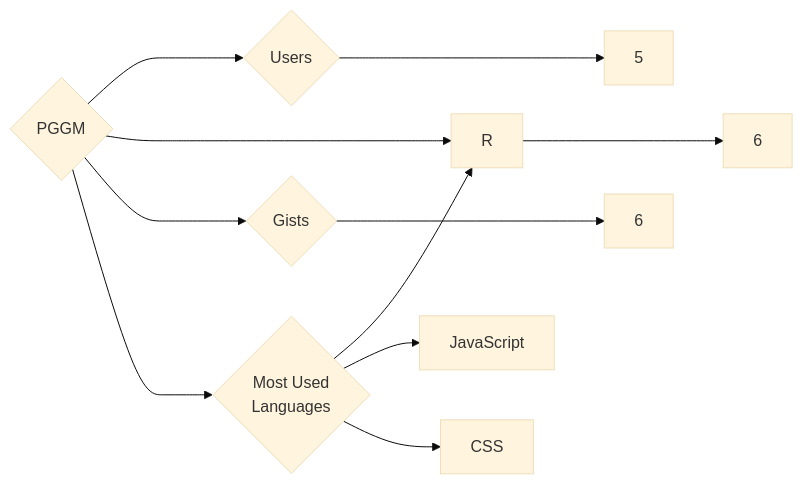
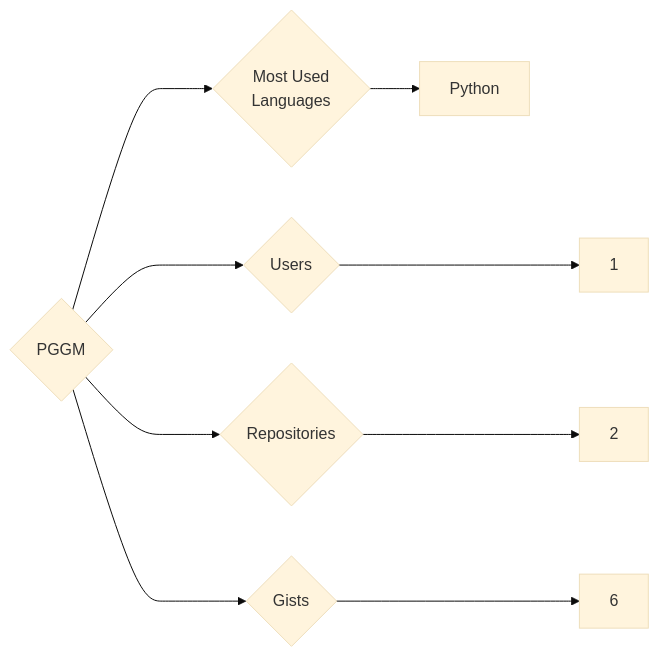
The diagram in targets/PGGM/README.md (trickest/insiders), drawn with Mermaid (base theme) before and after one commit. The commit also changed 597 other files, not shown here.

````diff
--- a/targets/PGGM/README.md
+++ b/targets/PGGM/README.md
@@ -3,11 +3,9 @@
 ```mermaid
 graph LR
 COMPANY_NAME{PGGM}
-COMPANY_NAME ---> U{Users} ---> UN[5]
-COMPANY_NAME ---> R{Repositories} ---> RN[6]
+COMPANY_NAME ---> U{Users} ---> UN[1]
+COMPANY_NAME ---> R{Repositories} ---> RN[2]
 COMPANY_NAME ---> G{Gists} ---> GN[6]
 COMPANY_NAME ---> ML{Most Used<br>Languages}
-ML --> R[R]
-ML --> JavaScript[JavaScript]
-ML --> CSS[CSS]
+ML --> Python[Python]
 ```
````
